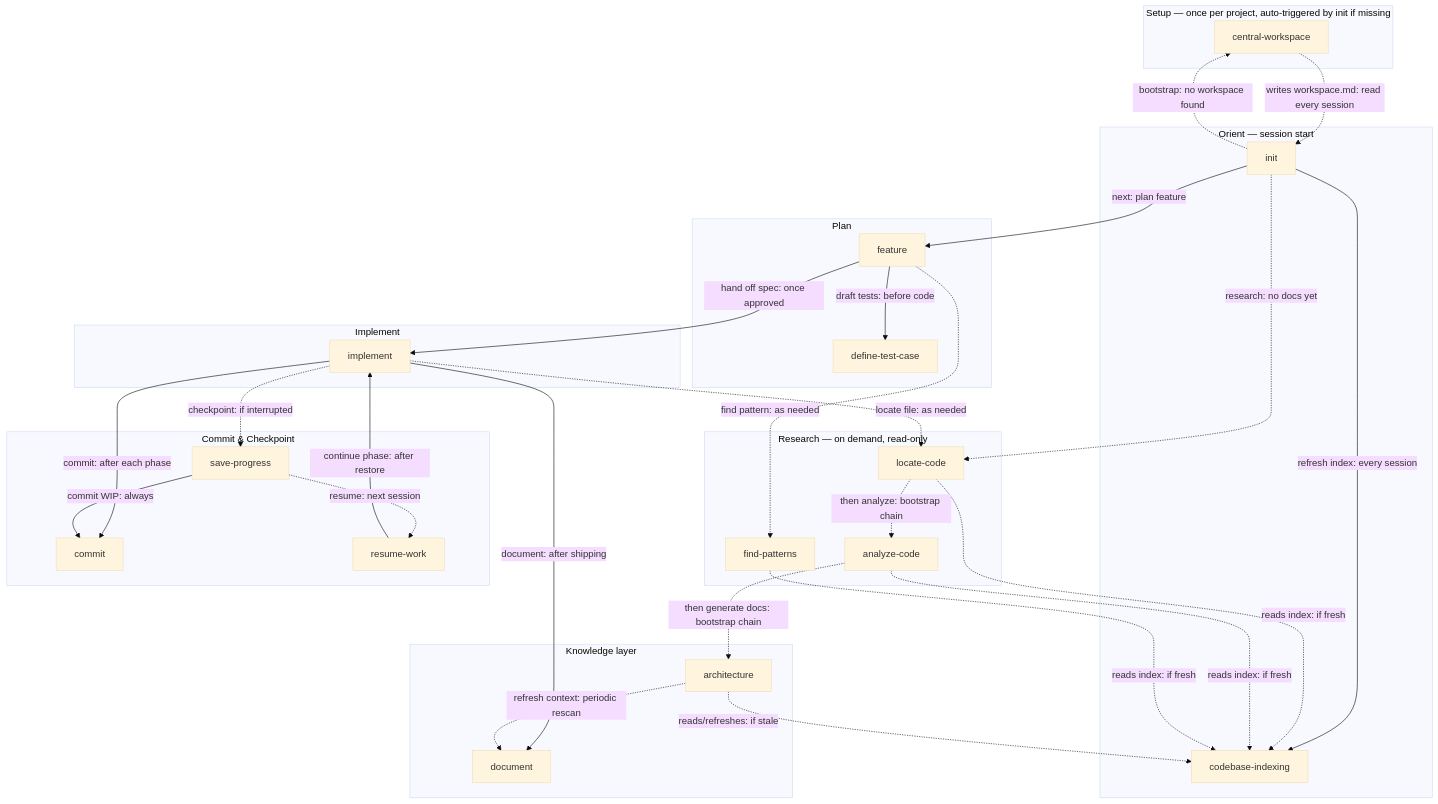
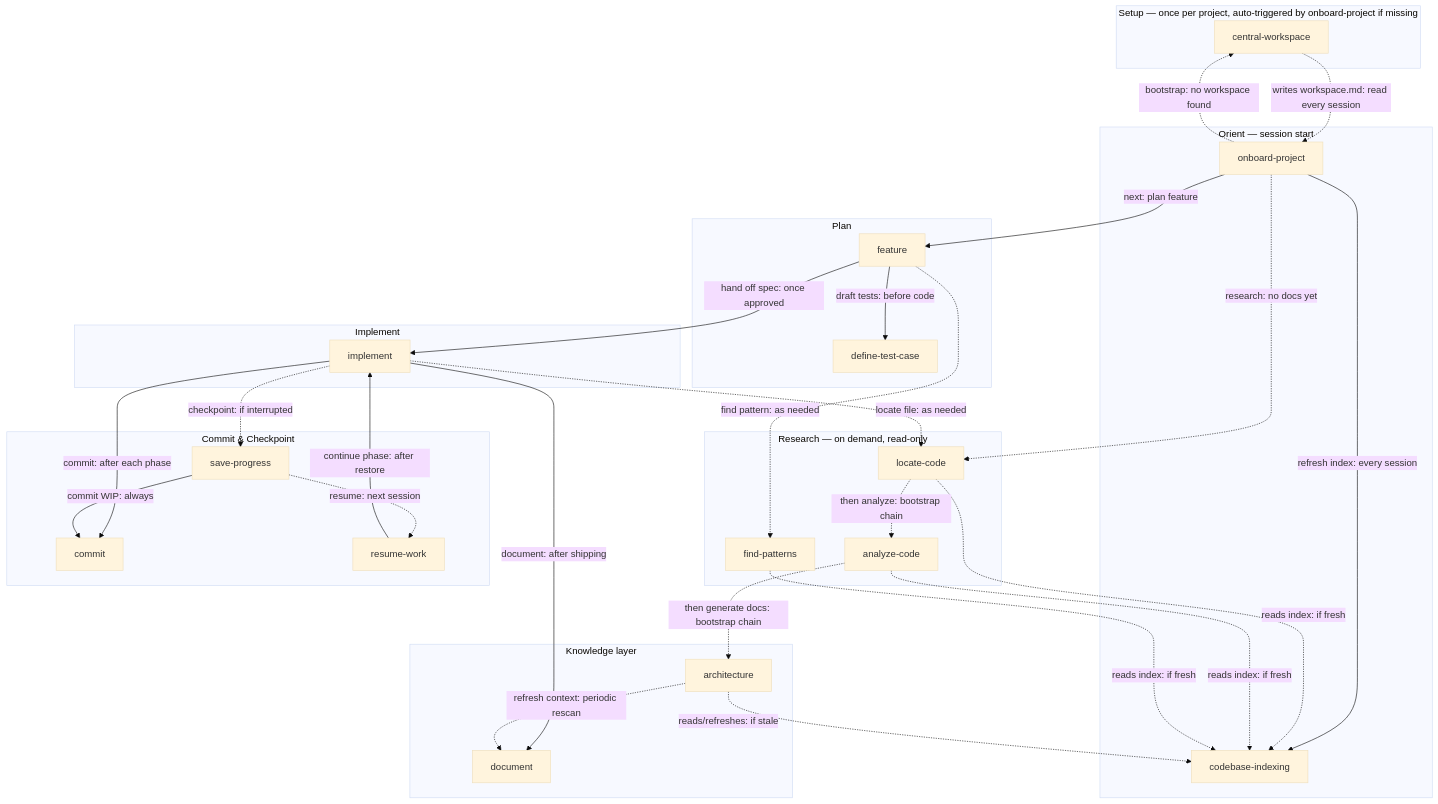
One commit to pdkproitf/pair-me changed the diagram in skills/engineers/README.md. Above: the diagram before and after it, drawn with Mermaid (base theme). The commit also changed other lines of this file and 9 other files, not shown here.

First line of the commit message:
docs(skills): update all references from init to onboard-project

````diff
--- a/skills/engineers/README.md
+++ b/skills/engineers/README.md
@@ -34,64 +34,64 @@
 ```mermaid
 flowchart TD
-    subgraph SETUP["Setup — once per project, auto-triggered by init if missing"]
+    subgraph SETUP["Setup — once per project, auto-triggered by onboard-project if missing"]
         CW[central-workspace]
     end
 
     subgraph ORIENT["Orient — session start"]
-        INIT[init]
+        INIT[onboard-project]
         CI[codebase-indexing]
     end
 
     subgraph RESEARCH["Research — on demand, read-only"]
         LC[locate-code]
         AC[analyze-code]
         FP[find-patterns]
     end
 
     subgraph PLAN["Plan"]
         FEAT[feature]
         DTC[define-test-case]
     end
 
     subgraph BUILD["Implement"]
         IMPL[implement]
     end
 
     subgraph SHIP["Commit & Checkpoint"]
         COMMIT[commit]
         SAVE[save-progress]
         RESUME[resume-work]
     end
 
     subgraph KNOWLEDGE["Knowledge layer"]
         ARCH[architecture]
         DOCU[document]
     end
 
     INIT -. "bootstrap: no workspace found" .-> CW
     CW -. "writes workspace#46;md: read every session" .-> INIT
     INIT -- "refresh index: every session" --> CI
     INIT -. "research: no docs yet" .-> LC
     LC -. "then analyze: bootstrap chain" .-> AC
     AC -. "then generate docs: bootstrap chain" .-> ARCH
 
     INIT -- "next: plan feature" --> FEAT
     FEAT -- "draft tests: before code" --> DTC
     FEAT -- "hand off spec: once approved" --> IMPL
     FEAT -. "find pattern: as needed" .-> FP
 
     IMPL -- "commit: after each phase" --> COMMIT
     IMPL -. "locate file: as needed" .-> LC
     IMPL -. "checkpoint: if interrupted" .-> SAVE
     SAVE -- "commit WIP: always" --> COMMIT
     SAVE -. "resume: next session" .-> RESUME
     RESUME -- "continue phase: after restore" --> IMPL
 
     IMPL -- "document: after shipping" --> DOCU
     ARCH -. "refresh context: periodic rescan" .-> DOCU
 
     LC -. "reads index: if fresh" .-> CI
     AC -. "reads index: if fresh" .-> CI
     FP -. "reads index: if fresh" .-> CI
     ARCH -. "reads/refreshes: if stale" .-> CI
 ```
````
